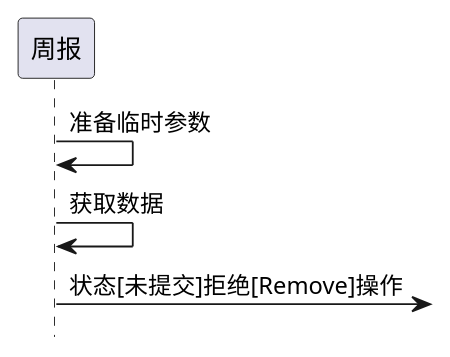
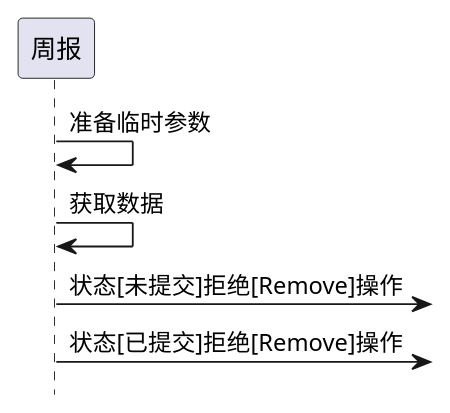
Before and after one commit to zj335841911/nt_chandao: the second of 2 diagrams in ibizpms-docs/src/main/doc/v1/module/report/IbzWeekly_old.md, drawn with PlantUML. The commit also changed other lines of this file and 26 other files, not shown here.

```diff
--- a/ibizpms-docs/src/main/doc/v1/module/report/IbzWeekly_old.md
+++ b/ibizpms-docs/src/main/doc/v1/module/report/IbzWeekly_old.md
@@ -111,7 +114,8 @@
 {% plantuml %}
 hide footbox
 
 周报 -> 周报: 准备临时参数
 周报 -> 周报: 获取数据
 周报 -> : 状态[未提交]拒绝[Remove]操作
+周报 -> : 状态[已提交]拒绝[Remove]操作
 {% endplantuml %}
```
